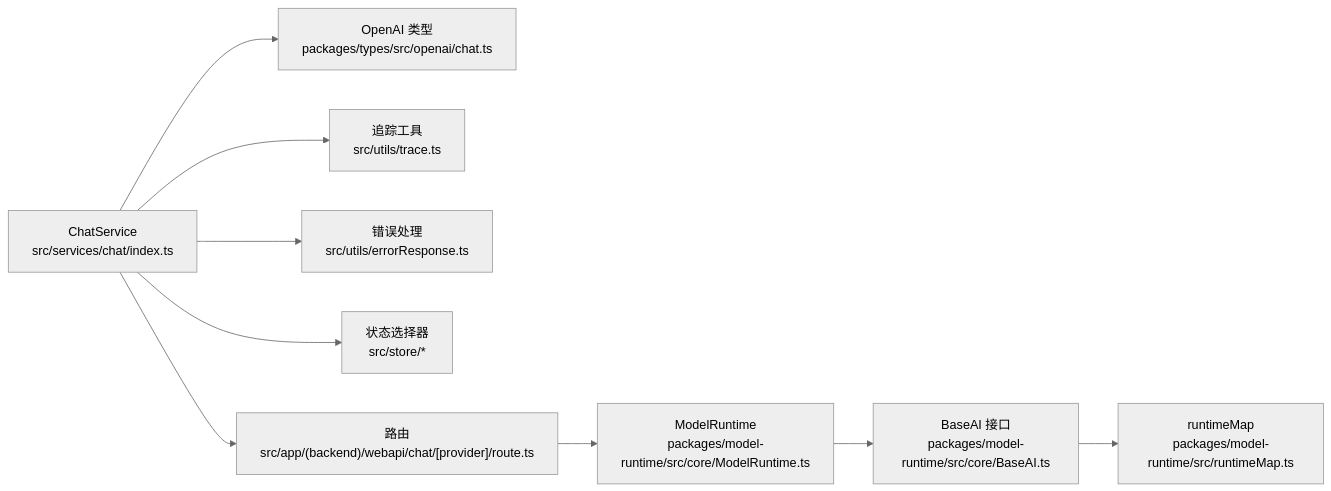
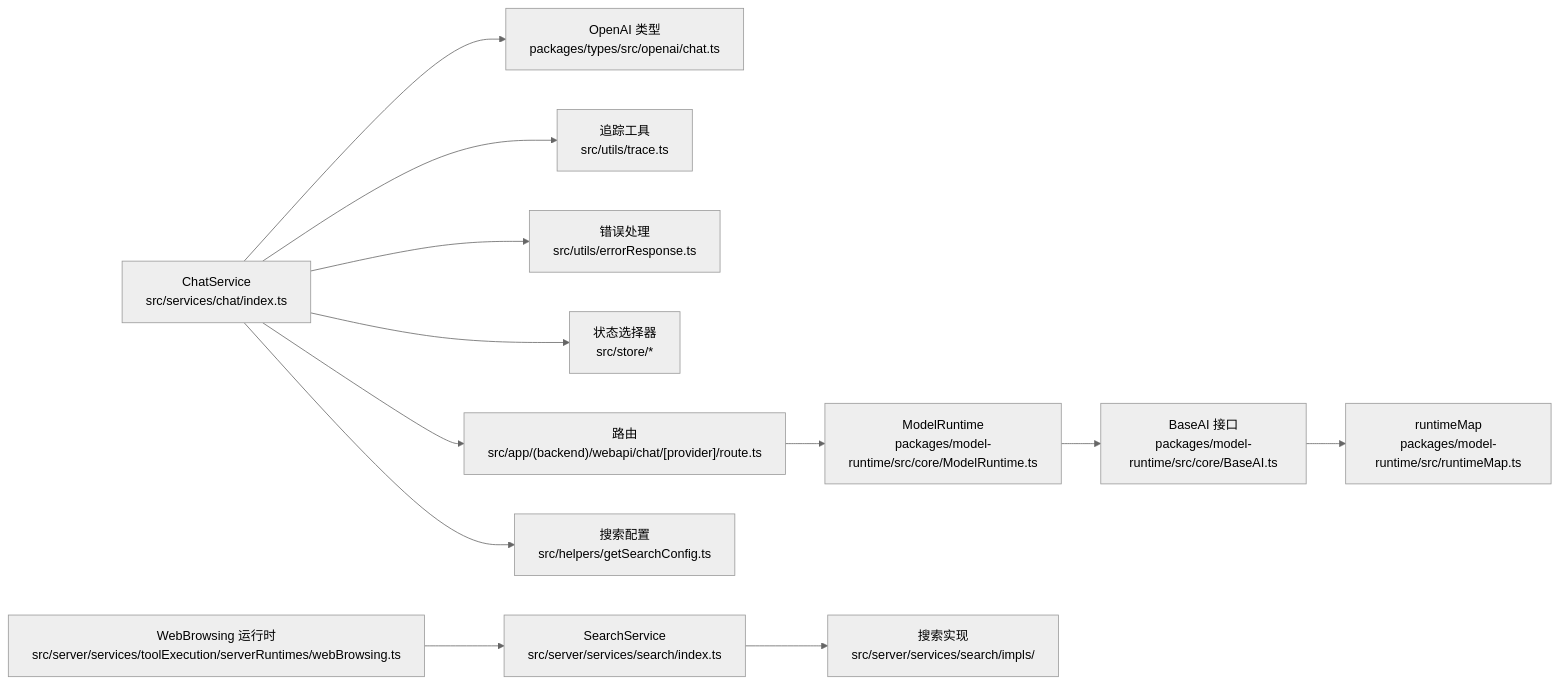
Before and after one commit to AvatoLabs/avato: the tenth of 10 diagrams in .qoder/repowiki/zh/content/API 接口文档/REST API 设计/聊天 API.md, drawn with Mermaid (neutral theme). The commit also changed other lines of this file and 158 other files, not shown here.

````diff
--- a/.qoder/repowiki/zh/content/API 接口文档/REST API 设计/聊天 API.md
+++ b/.qoder/repowiki/zh/content/API 接口文档/REST API 设计/聊天 API.md
@@ -437,11 +609,14 @@
 ```mermaid
 graph LR
 ChatService["ChatService<br/>src/services/chat/index.ts"] --> Types["OpenAI 类型<br/>packages/types/src/openai/chat.ts"]
 ChatService --> Trace["追踪工具<br/>src/utils/trace.ts"]
 ChatService --> Err["错误处理<br/>src/utils/errorResponse.ts"]
 ChatService --> Store["状态选择器<br/>src/store/*"]
 ChatService --> Route["路由<br/>src/app/(backend)/webapi/chat/[provider]/route.ts"]
+ChatService --> SearchConfig["搜索配置<br/>src/helpers/getSearchConfig.ts"]
 Route --> MR["ModelRuntime<br/>packages/model-runtime/src/core/ModelRuntime.ts"]
 MR --> BaseAI["BaseAI 接口<br/>packages/model-runtime/src/core/BaseAI.ts"]
 BaseAI --> RuntimeMap["runtimeMap<br/>packages/model-runtime/src/runtimeMap.ts"]
+WebBrowsingRuntime["WebBrowsing 运行时<br/>src/server/services/toolExecution/serverRuntimes/webBrowsing.ts"] --> SearchService["SearchService<br/>src/server/services/search/index.ts"]
+SearchService --> SearchImpl["搜索实现<br/>src/server/services/search/impls/"]
 ```
````
